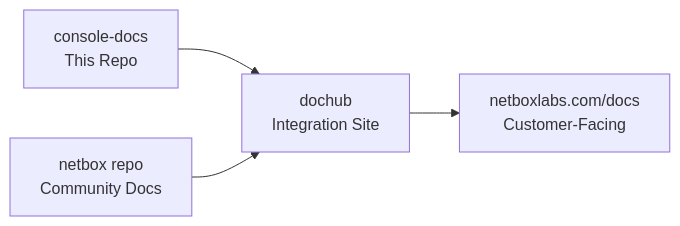
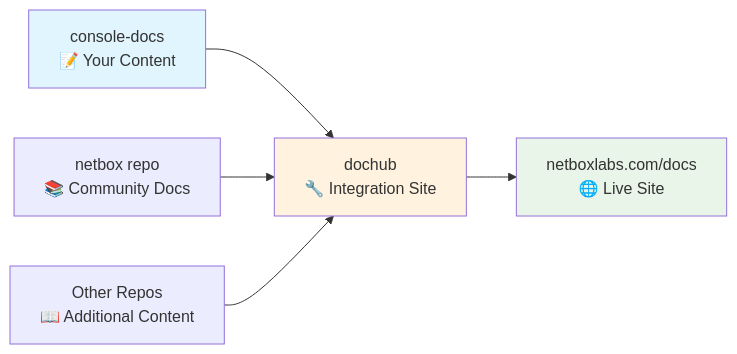
The diagram in README.md (netboxlabs/console-docs), drawn with Mermaid before and after one commit. The commit also changed other lines of this file, not shown here.

````diff
--- a/README.md
+++ b/README.md
@@ -18,7 +65,11 @@
 ```mermaid
 graph LR
-    A[console-docs<br/>This Repo] --> B[dochub<br/>Integration Site]
-    B --> C[netboxlabs.com/docs<br/>Customer-Facing]
+    A[console-docs<br/>📝 Your Content] --> B[dochub<br/>🔧 Integration Site]
+    C[netbox repo<br/>📚 Community Docs] --> B
+    D[Other Repos<br/>📖 Additional Content] --> B
+    B --> E[netboxlabs.com/docs<br/>🌐 Live Site]
     
-    D[netbox repo<br/>Community Docs] --> B
+    style A fill:#e1f5fe
+    style B fill:#fff3e0
+    style E fill:#e8f5e8
 ```
````
